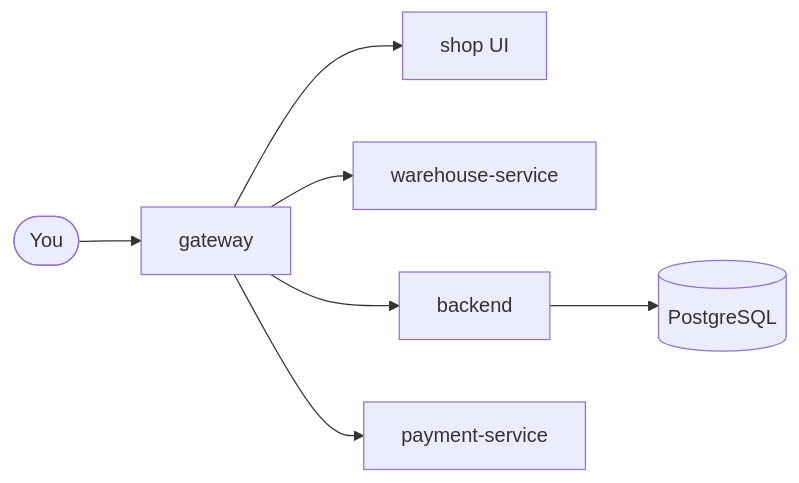
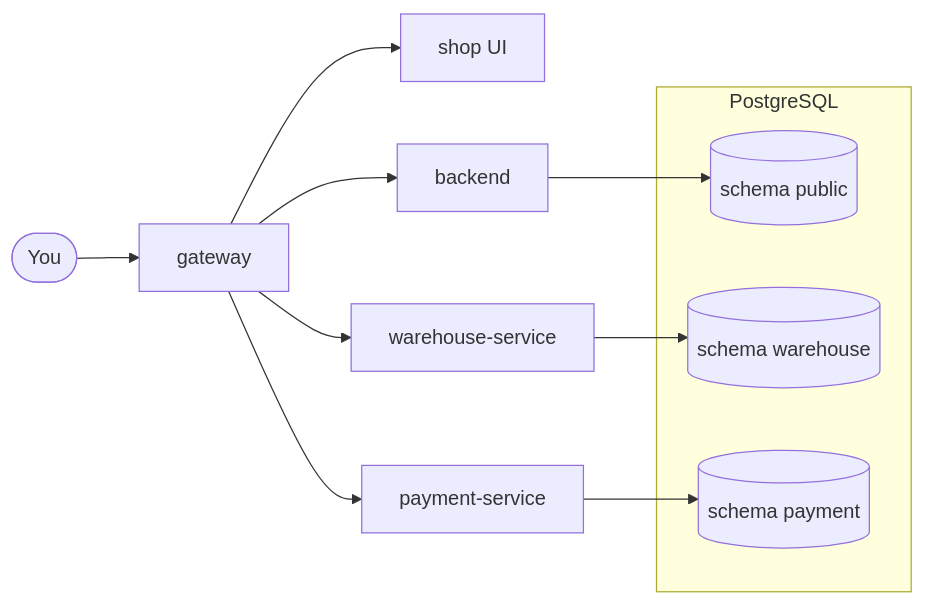
One commit to slawekradzyminski/awesome-localstack changed the diagram in docs-site/docs/index.md. Above: the diagram before and after it, drawn with Mermaid. The commit also changed 1 other file, not shown here.

Commit message:
Wiki: show per-service PostgreSQL schemas in overview diagrams
The home page and architecture overview drew a single PostgreSQL node,
hiding that backend, warehouse-service and payment-service each own a
schema (public, warehouse, payment) and connect as their own role on
the shared testdb database.

````diff
--- a/docs-site/docs/index.md
+++ b/docs-site/docs/index.md
@@ -42,9 +42,16 @@
 ```mermaid
 flowchart LR
     U([You]) --> G[gateway]
     G --> F[shop UI]
     G --> W[warehouse-service]
     G --> B[backend]
     G --> P[payment-service]
-    B --> DB[(PostgreSQL)]
+    subgraph PG[PostgreSQL]
+        PUB[(schema public)]
+        WH[(schema warehouse)]
+        PAY[(schema payment)]
+    end
+    B --> PUB
+    W --> WH
+    P --> PAY
 ```
````
